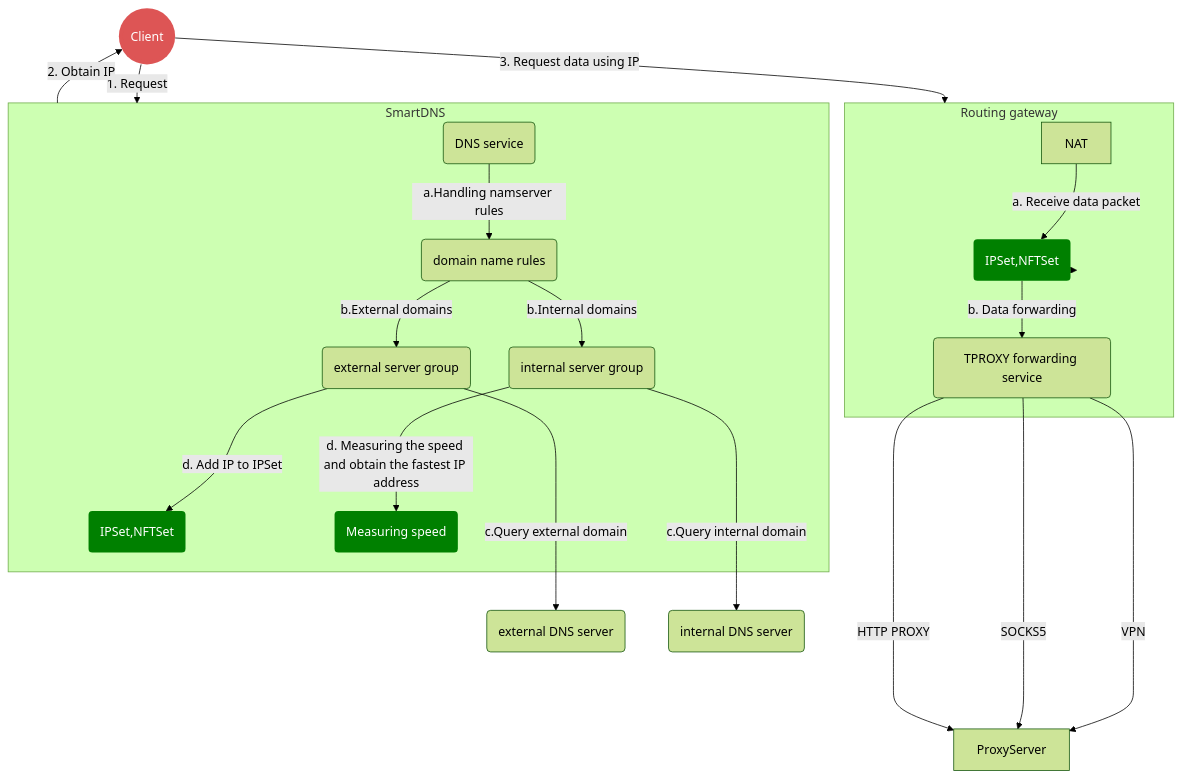
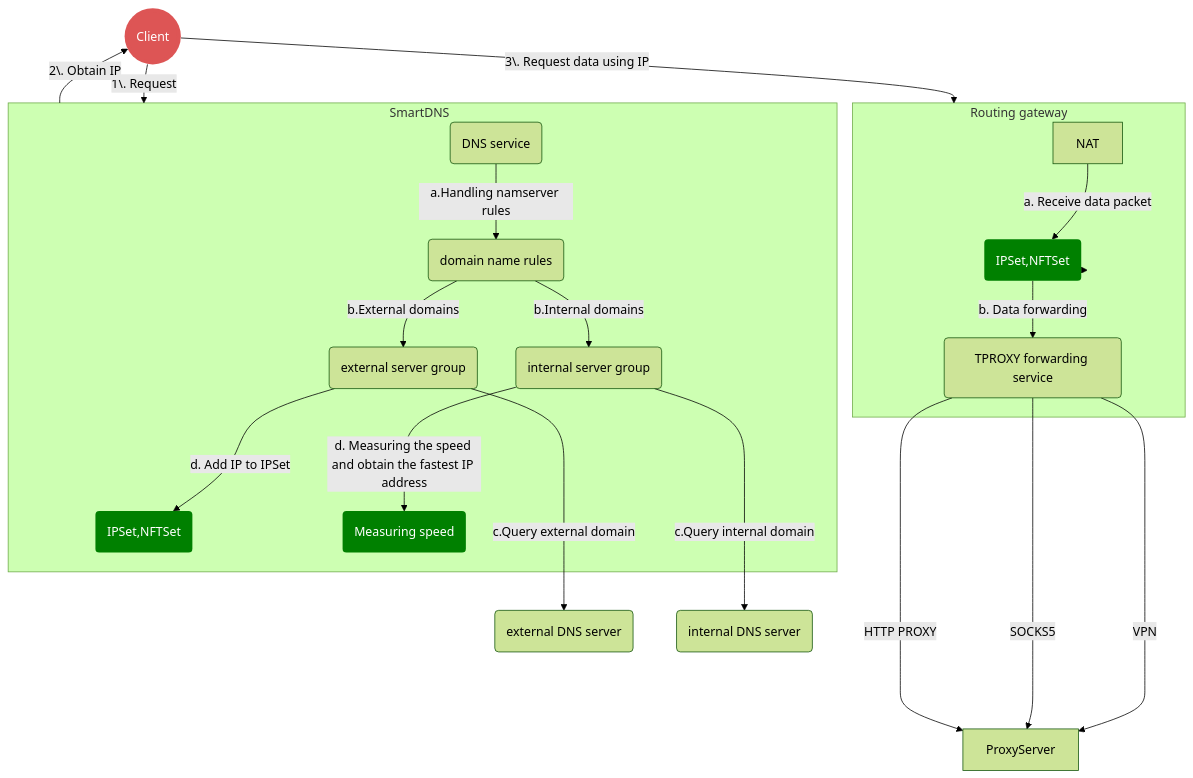
The diagram in en/docs/config/forwarding-with-ipset.md (pymumu/smartdns), drawn with Mermaid before and after one commit. The commit also changed 4 other files, not shown here.

````diff
--- a/en/docs/config/forwarding-with-ipset.md
+++ b/en/docs/config/forwarding-with-ipset.md
@@ -17,29 +17,29 @@
 ``` mermaid
 %%{init: {'theme':'forest'}}%%
 flowchart 
     style client color:white,fill:#dd5555,stroke:#ee00,stroke-width:2px
     style ipset color:white,fill:green,stroke:#ee00,stroke-width:2px
     style ipset1 color:white,fill:green,stroke:#ee00,stroke-width:2px
     style speed-check color:white,fill:green,stroke:#ee00,stroke-width:2px
-    client(((Client)))-----> |1. Request|smartdns
-    smartdns---->|2. Obtain IP|client
-    client--->|3. Request data using IP|router
+    client(((Client)))-----> |1\. Request|smartdns
+    smartdns---->|2\. Obtain IP|client
+    client--->|3\. Request data using IP|router
     subgraph smartdns [SmartDNS&nbsp&nbsp]
         server(DNS service)-->|a.Handling namserver rules|rule(domain name rules)
         rule-->|b.External domains|public-group(external server group)
         rule-->|b.Internal domains|private-group(internal server group)
         public-group-->|d. Add IP to IPSet|ipset1(IPSet,NFTSet)
         private-group-->|d. Measuring the speed and obtain the fastest IP address|speed-check(Measuring speed)
     end
     router-->ipset(IPSet,NFTSet)
     subgraph router [Routing gateway]
         NAT-->|a. Receive data packet|ipset-->|b. Data forwarding|tproxy(TPROXY forwarding service)
     end
     tproxy----->|VPN|ProxyServer
     tproxy----->|SOCKS5|ProxyServer
     tproxy----->|HTTP PROXY|ProxyServer
 
     public-group--->|c.Query external domain|public-servers(external DNS server)
     private-group--->|c.Query internal domain|private-servers(internal DNS server)
 
 ```
````
